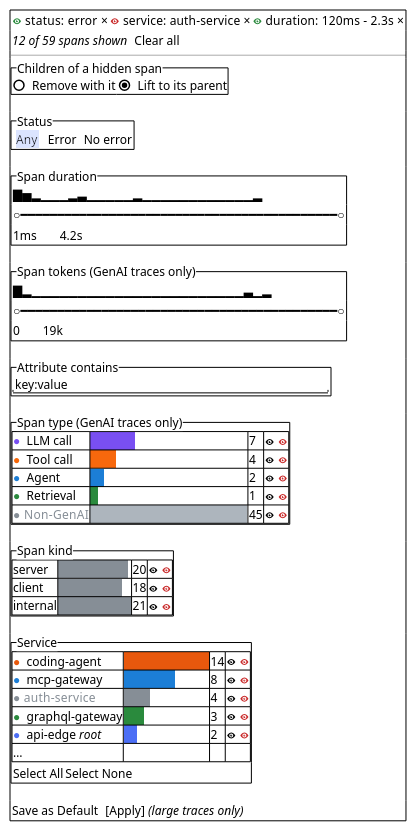
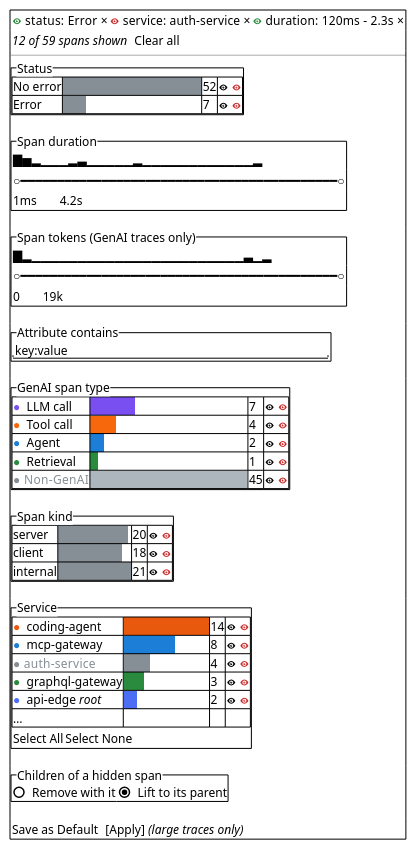
One commit to jaegertracing/jaeger-ui changed the diagram in docs/rfc/0009/popover.puml. Above: the diagram before and after it, drawn with PlantUML. The commit also changed other lines of this file and 6 other files, not shown here.

```diff
--- a/docs/rfc/0009/popover.puml
+++ b/docs/rfc/0009/popover.puml
@@ -5,54 +5,57 @@
 @startsalt
 {+
-  { <color:#2b8a3e><&eye></color> status: error  × | <color:#c92a2a><&eye></color> service: auth-service  × | <color:#2b8a3e><&eye></color> duration: 120ms – 2.3s  × }
+  { <color:#2b8a3e><&eye></color> status: Error  × | <color:#c92a2a><&eye></color> service: auth-service  × | <color:#2b8a3e><&eye></color> duration: 120ms – 2.3s  × }
   { <i>12 of 59 spans shown</i> | . | Clear all }
   --
-  {^"Children of a hidden span"
-    ( ) Remove with it | (X) Lift to its parent
-  }
   {^"Status"
-    { <back:#dbe4ff> Any </back> | . | Error | . | No error }
+    {#
+      No error | <back:#868e96>                                            </back> | 52 | <&eye> <color:#c92a2a><&eye></color>
+      Error | <back:#868e96>       </back> | 7 | <&eye> <color:#c92a2a><&eye></color>
+    }
   }
   {^"Span duration"
     { ▇▅▂▁▁▁▂▃▁▁▁▁▁▂▁▁▁▁▁▁▁▁▁▁▁▁▂ }
     { ○━━━━━━━━━━━━━━━━━━━━━━━━━━━━━━━━━━━━━━━━━━━○ }
     { 1ms | . | . | . | . | 4.2s }
   }
   {^"Span tokens (GenAI traces only)"
     { ▇▂▁▁▁▁▁▁▁▁▁▁▁▁▁▁▁▁▁▁▁▁▁▁▁▃▁▂ }
     { ○━━━━━━━━━━━━━━━━━━━━━━━━━━━━━━━━━━━━━━━━━━━○ }
     { 0 | . | . | . | . | 19k }
   }
   {^"Attribute contains"
     "key:value                              "
   }
-  {^"Span type (GenAI traces only)"
+  {^"GenAI span type"
     {#
       <color:#7950f2>●</color> LLM call | <back:#7950f2>              </back> | 7 | <&eye> <color:#c92a2a><&eye></color>
       <color:#f76707>●</color> Tool call | <back:#f76707>        </back> | 4 | <&eye> <color:#c92a2a><&eye></color>
       <color:#1c7ed6>●</color> Agent | <back:#1c7ed6>    </back> | 2 | <&eye> <color:#c92a2a><&eye></color>
       <color:#2b8a3e>●</color> Retrieval | <back:#2b8a3e>  </back> | 1 | <&eye> <color:#c92a2a><&eye></color>
       <color:#868e96>● Non-GenAI</color> | <back:#adb5bd>                                                  </back> | 45 | <&eye> <color:#c92a2a><b><&eye></b></color>
     }
   }
   {^"Span kind"
     {#
       server | <back:#868e96>                      </back> | 20 | <&eye> <color:#c92a2a><&eye></color>
       client | <back:#868e96>                    </back> | 18 | <&eye> <color:#c92a2a><&eye></color>
       internal | <back:#868e96>                       </back> | 21 | <&eye> <color:#c92a2a><&eye></color>
     }
   }
   {^"Service"
     {#
       <color:#e8590c>●</color> coding-agent     | <back:#e8590c>                           </back> | 14 | <&eye> <color:#c92a2a><&eye></color>
       <color:#1c7ed6>●</color> mcp-gateway      | <back:#1c7ed6>                </back> | 8 | <&eye> <color:#c92a2a><&eye></color>
       <color:#868e96>● auth-service     </color>| <back:#868e96>        </back> | 4 | <&eye> <color:#c92a2a><b><&eye></b></color>
       <color:#2b8a3e>●</color> graphql-gateway  | <back:#2b8a3e>      </back> | 3 | <&eye> <color:#c92a2a><&eye></color>
       <color:#4c6ef5>●</color> api-edge <i>root</i>   | <back:#4c6ef5>    </back> | 2 | <&eye> <color:#c92a2a><&eye></color>
       … | . | . | .
     }
     { Select All | Select None }
   }
+  {^"Children of a hidden span"
+    ( ) Remove with it | (X) Lift to its parent
+  }
   { Save as Default | . | [Apply] <i>(large traces only)</i> }
 }
 @endsalt
```
